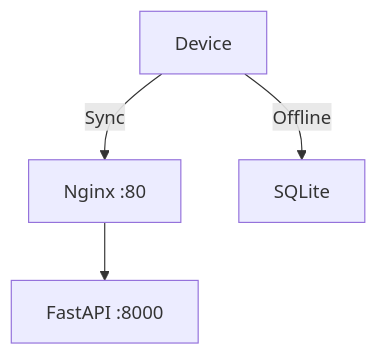
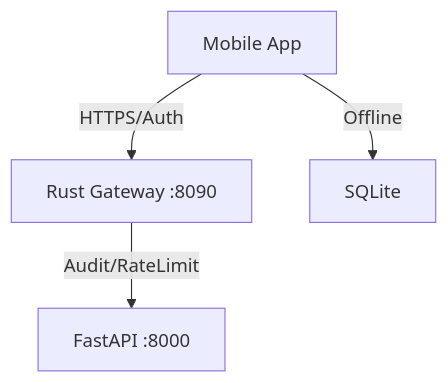
One commit to internetartsy/JK changed the diagram in documentation/Architecture_Stack/native.md. Above: the diagram before and after it, drawn with Mermaid. The commit also changed other lines of this file and 1 other file, not shown here.

Commit message:
feat(mobile): align mobile app with Rust Security Gateway (Port 8090) and update arch docs

````diff
--- a/documentation/Architecture_Stack/native.md
+++ b/documentation/Architecture_Stack/native.md
@@ -7,6 +7,6 @@
 ```mermaid
 graph TD
-    Device -->|Sync| NGINX[Nginx :80]
-    NGINX --> API[FastAPI :8000]
+    Device[Mobile App] -->|HTTPS/Auth| RustGW[Rust Gateway :8090]
+    RustGW -->|Audit/RateLimit| API[FastAPI :8000]
     Device -->|Offline| SQL[SQLite]
 ```
````
